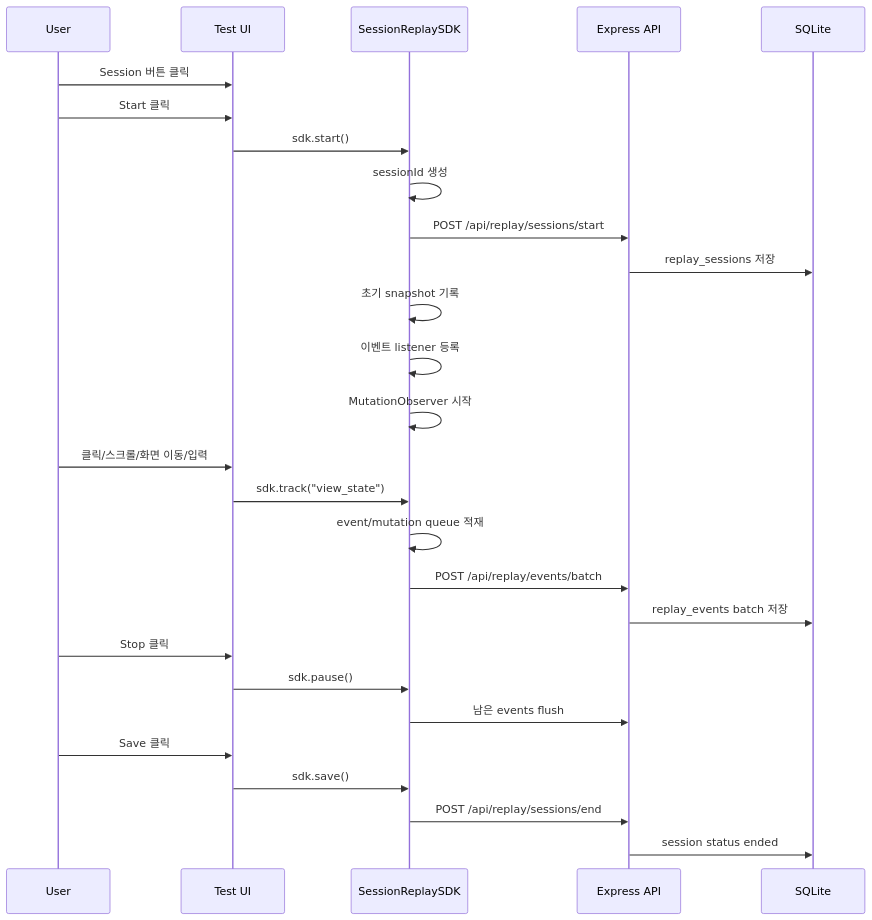
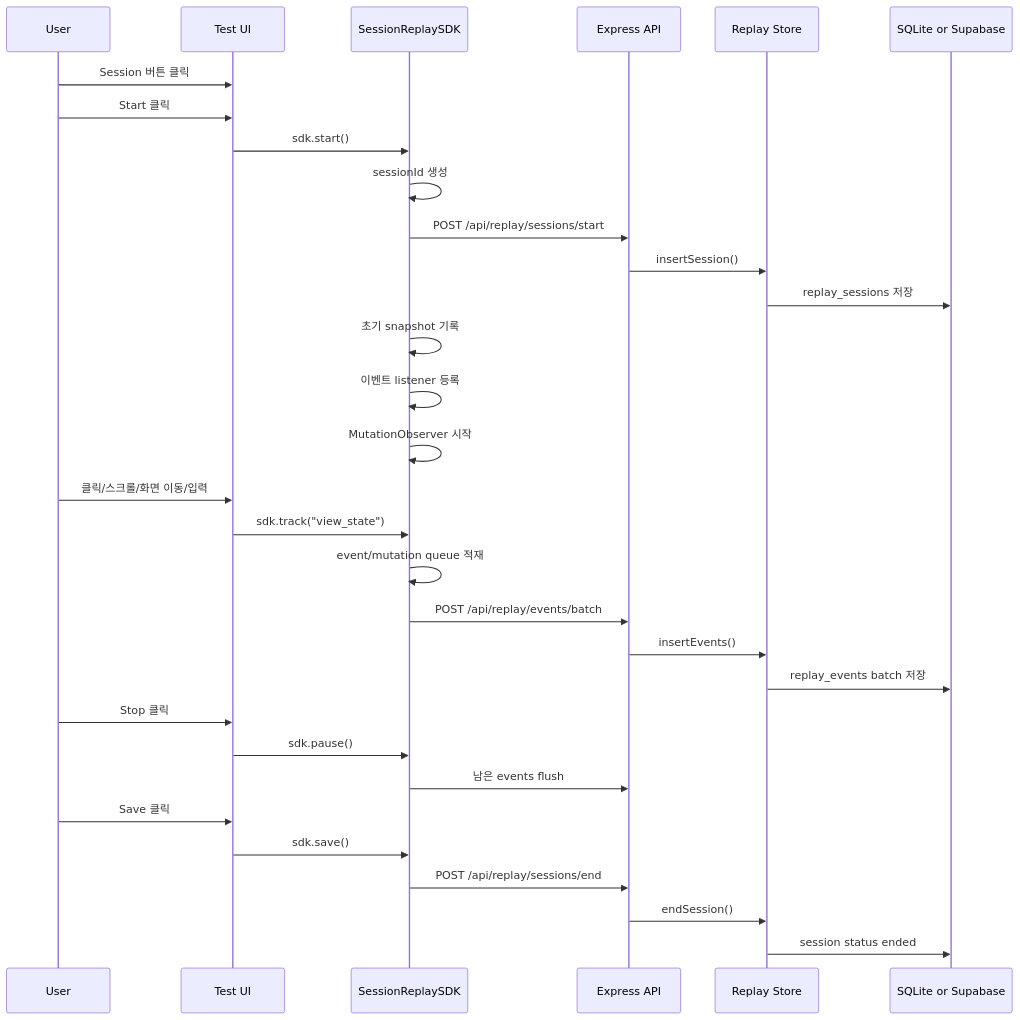
One commit to JaeDoo1034/SessionReplay changed the third of 7 diagrams in workflow/session-replay-runtime-mermaid.md. Above: the diagram before and after it, drawn with Mermaid. The commit also changed other lines of this file and 15 other files, not shown here.

````diff
--- a/workflow/session-replay-runtime-mermaid.md
+++ b/workflow/session-replay-runtime-mermaid.md
@@ -64,36 +83,40 @@
 ```mermaid
 sequenceDiagram
   participant U as User
   participant UI as Test UI
   participant SDK as SessionReplaySDK
   participant API as Express API
-  participant DB as SQLite
+  participant Store as Replay Store
+  participant DB as SQLite or Supabase
 
   U->>UI: Session 버튼 클릭
   U->>UI: Start 클릭
   UI->>SDK: sdk.start()
 
   SDK->>SDK: sessionId 생성
   SDK->>API: POST /api/replay/sessions/start
-  API->>DB: replay_sessions 저장
+  API->>Store: insertSession()
+  Store->>DB: replay_sessions 저장
 
   SDK->>SDK: 초기 snapshot 기록
   SDK->>SDK: 이벤트 listener 등록
   SDK->>SDK: MutationObserver 시작
 
   U->>UI: 클릭/스크롤/화면 이동/입력
   UI->>SDK: sdk.track("view_state")
   SDK->>SDK: event/mutation queue 적재
 
   SDK->>API: POST /api/replay/events/batch
-  API->>DB: replay_events batch 저장
+  API->>Store: insertEvents()
+  Store->>DB: replay_events batch 저장
 
   U->>UI: Stop 클릭
   UI->>SDK: sdk.pause()
   SDK->>API: 남은 events flush
 
   U->>UI: Save 클릭
   UI->>SDK: sdk.save()
   SDK->>API: POST /api/replay/sessions/end
-  API->>DB: session status ended
+  API->>Store: endSession()
+  Store->>DB: session status ended
 ```
````
